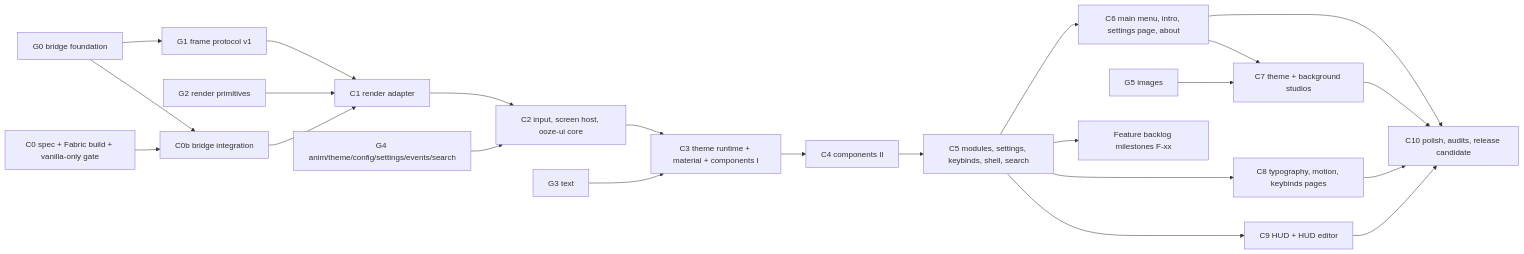
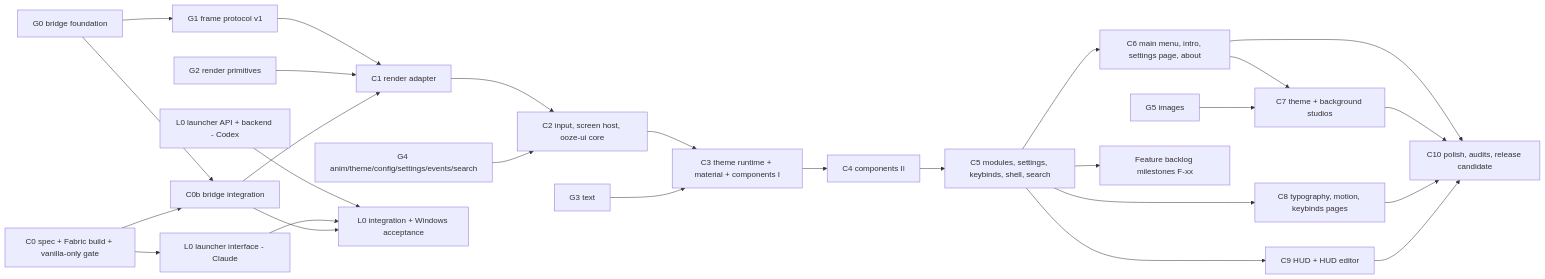
Before and after one commit to kyluua/Ooze-Client: the diagram in docs/IMPLEMENTATION_PLAN.md, drawn with Mermaid. The commit also changed other lines of this file and 15 other files, not shown here.

````diff
--- a/docs/IMPLEMENTATION_PLAN.md
+++ b/docs/IMPLEMENTATION_PLAN.md
@@ -20,22 +21,26 @@
 ```mermaid
 flowchart LR
   G0[G0 bridge foundation] --> C0b[C0b bridge integration]
   C0[C0 spec + Fabric build + vanilla-only gate] --> C0b
   G0 --> G1[G1 frame protocol v1]
   G1 --> C1[C1 render adapter]
   G2[G2 render primitives] --> C1
   C0b --> C1
   C1 --> C2[C2 input, screen host, ooze-ui core]
   G4[G4 anim/theme/config/settings/events/search] --> C2
   C2 --> C3[C3 theme runtime + material + components I]
   G3[G3 text] --> C3
   C3 --> C4[C4 components II]
   C4 --> C5[C5 modules, settings, keybinds, shell, search]
   C5 --> C6[C6 main menu, intro, settings page, about]
   C5 --> C8[C8 typography, motion, keybinds pages]
   C5 --> C9[C9 HUD + HUD editor]
   C6 --> C7[C7 theme + background studios]
   G5[G5 images] --> C7
   C6 & C7 & C8 & C9 --> C10[C10 polish, audits, release candidate]
   C5 --> FB[Feature backlog milestones F-xx]
+  C0 --> L0UI[L0 launcher interface - Claude]
+  L0API[L0 launcher API + backend - Codex] --> L0I[L0 integration + Windows acceptance]
+  L0UI --> L0I
+  C0b --> L0I
 ```
````
